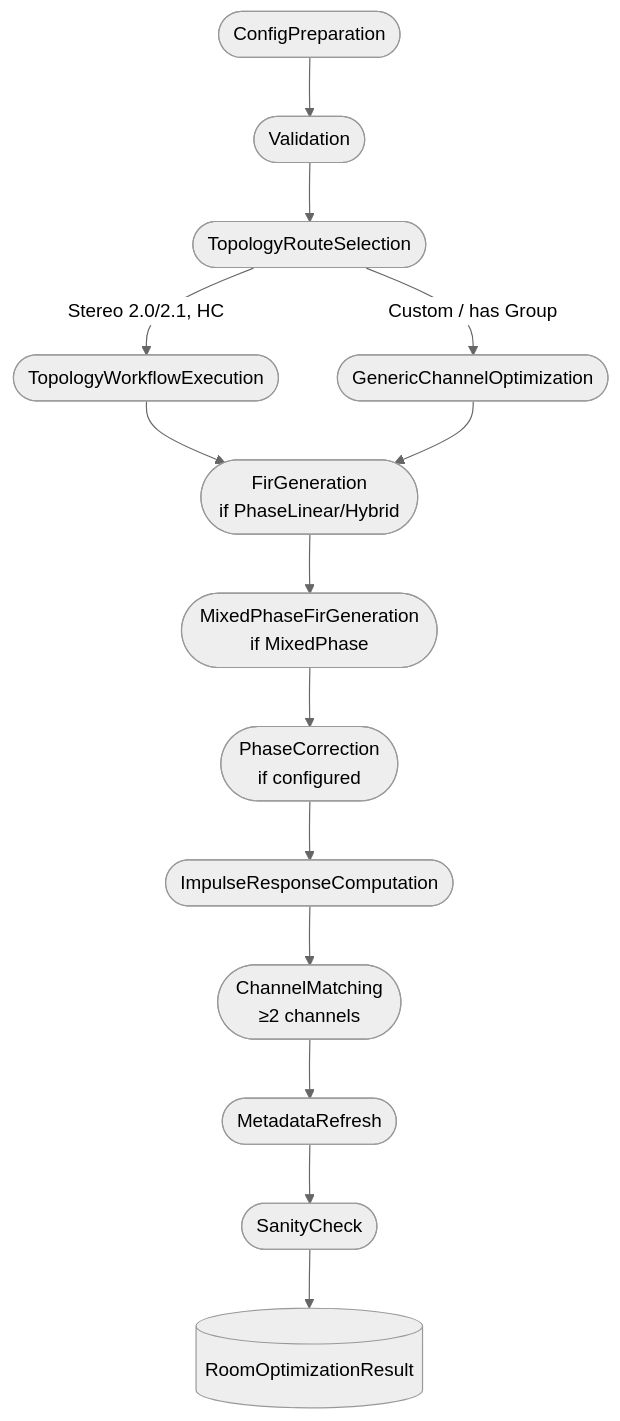
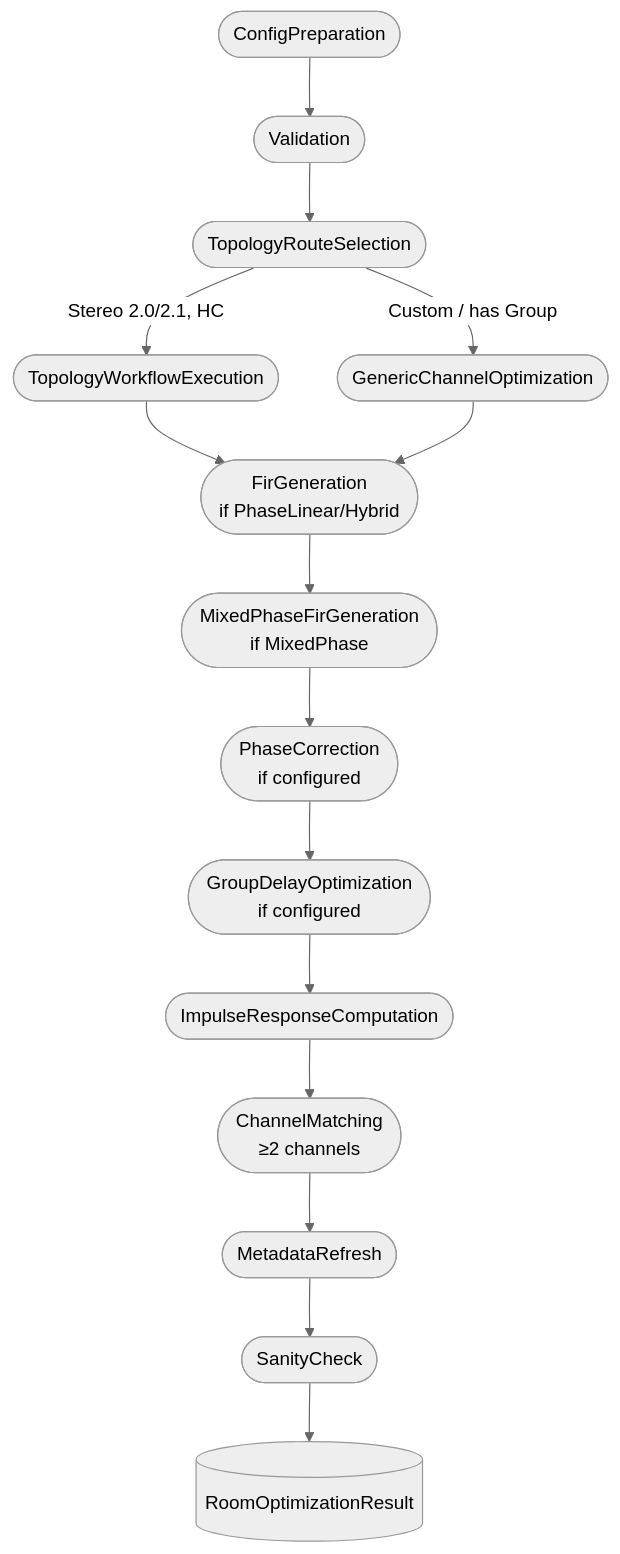
Before and after one commit to pierreaubert/sotf: the second of 12 diagrams in crates/autoeq/docs/roomeq_explained.md, drawn with Mermaid (neutral theme). The commit also changed other lines of this file and 338 other files, not shown here.

````diff
--- a/crates/autoeq/docs/roomeq_explained.md
+++ b/crates/autoeq/docs/roomeq_explained.md
@@ -62,16 +62,17 @@
 ```mermaid
 flowchart TB
     s0([ConfigPreparation]) --> s1([Validation])
     s1 --> s2([TopologyRouteSelection])
     s2 -->|Stereo 2.0/2.1, HC| s3a([TopologyWorkflowExecution])
     s2 -->|Custom / has Group| s3b([GenericChannelOptimization])
     s3a --> s4
     s3b --> s4([FirGeneration<br/>if PhaseLinear/Hybrid])
     s4 --> s5([MixedPhaseFirGeneration<br/>if MixedPhase])
     s5 --> s6([PhaseCorrection<br/>if configured])
-    s6 --> s7([ImpulseResponseComputation])
-    s7 --> s8([ChannelMatching<br/>≥2 channels])
-    s8 --> s9([MetadataRefresh])
-    s9 --> s10([SanityCheck])
-    s10 --> OUT[(RoomOptimizationResult)]
+    s6 --> s7([GroupDelayOptimization<br/>if configured])
+    s7 --> s8([ImpulseResponseComputation])
+    s8 --> s9([ChannelMatching<br/>≥2 channels])
+    s9 --> s10([MetadataRefresh])
+    s10 --> s11([SanityCheck])
+    s11 --> OUT[(RoomOptimizationResult)]
 ```
````
